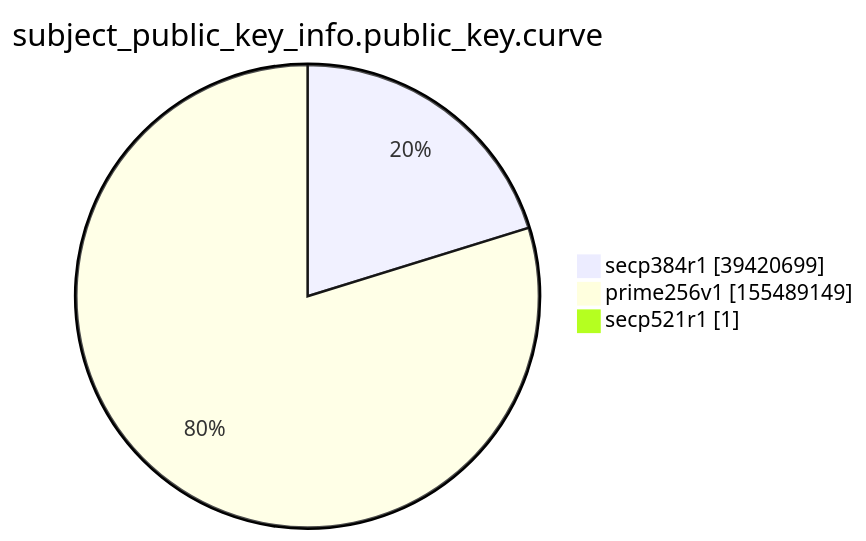
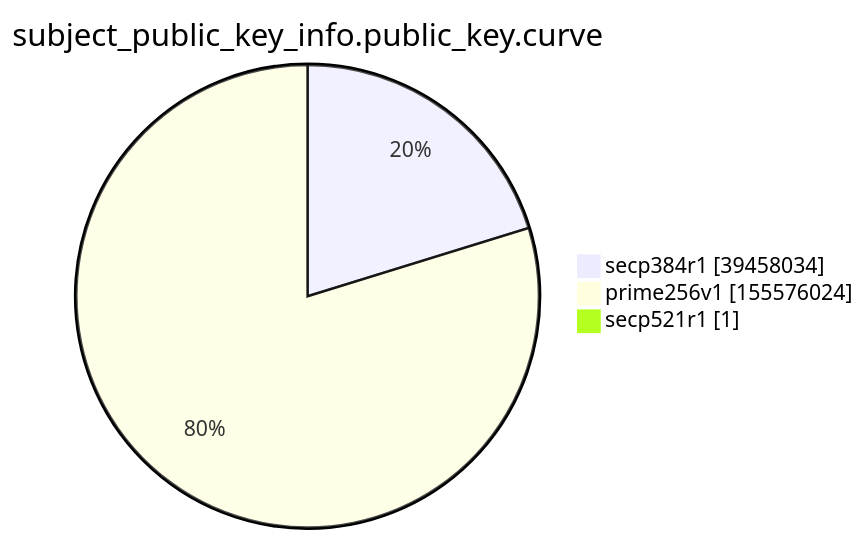
The ninth of 15 diagrams in xenon2022/README.md (christiankrug/ctmonitor_visualization), drawn with Mermaid before and after one commit. The commit also changed other lines of this file, not shown here.

````diff
--- a/xenon2022/README.md
+++ b/xenon2022/README.md
@@ -2865,7 +2865,7 @@
 ```mermaid
 pie showData
 title subject_public_key_info.public_key.curve
-"secp384r1" :39420699
-"prime256v1" :155489149
+"secp384r1" :39458034
+"prime256v1" :155576024
 "secp521r1" :1
 ```
````
